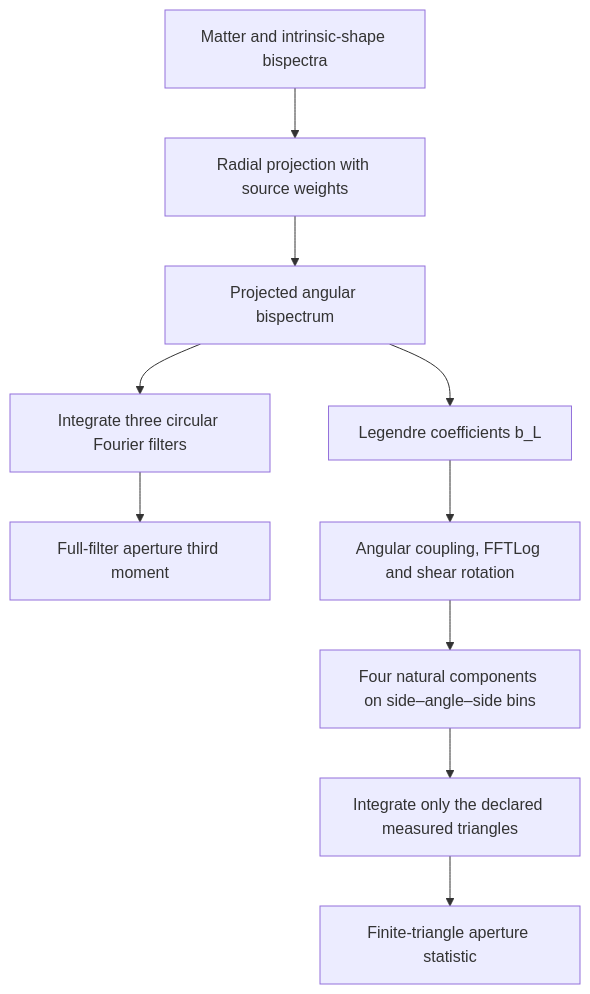
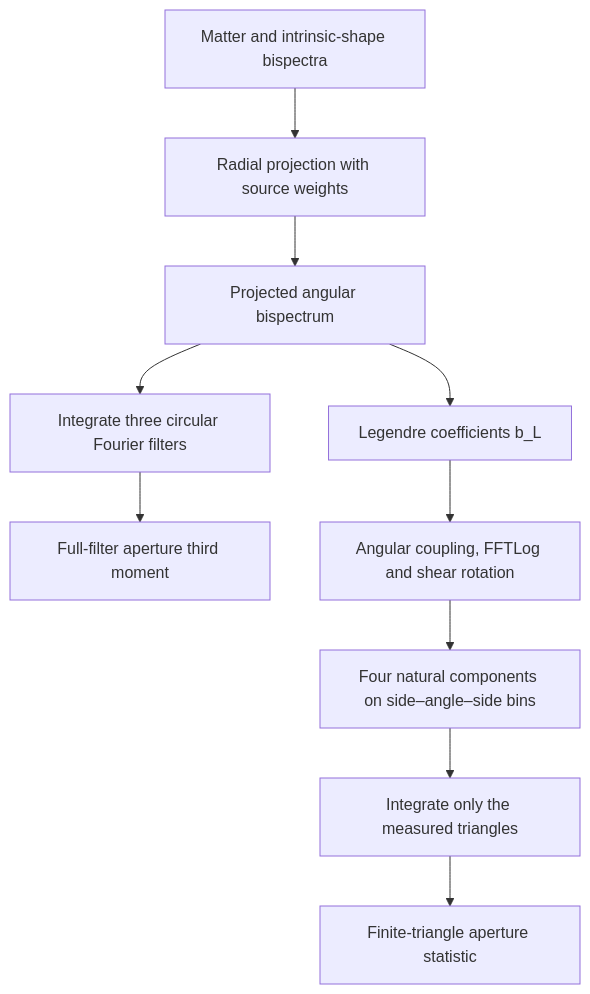
One commit to SBU-COSMOLIKE/cocoa-cosmolike-core changed the diagram in cosmolike/3pcf/README.md. Above: the diagram before and after it, drawn with Mermaid. The commit also changed other lines of this file and 38 other files, not shown here.

````diff
--- a/cosmolike/3pcf/README.md
+++ b/cosmolike/3pcf/README.md
@@ -412,12 +467,12 @@
 ```mermaid
 flowchart TD
   A["Matter and intrinsic-shape bispectra"] --> B["Radial projection with source weights"]
   B --> C["Projected angular bispectrum"]
   C --> D["Integrate three circular Fourier filters"]
   D --> E["Full-filter aperture third moment"]
   C --> F["Legendre coefficients b_L"]
   F --> G["Angular coupling, FFTLog and shear rotation"]
   G --> H["Four natural components on side–angle–side bins"]
-  H --> I["Integrate only the declared measured triangles"]
+  H --> I["Integrate only the measured triangles"]
   I --> J["Finite-triangle aperture statistic"]
 ```
````
